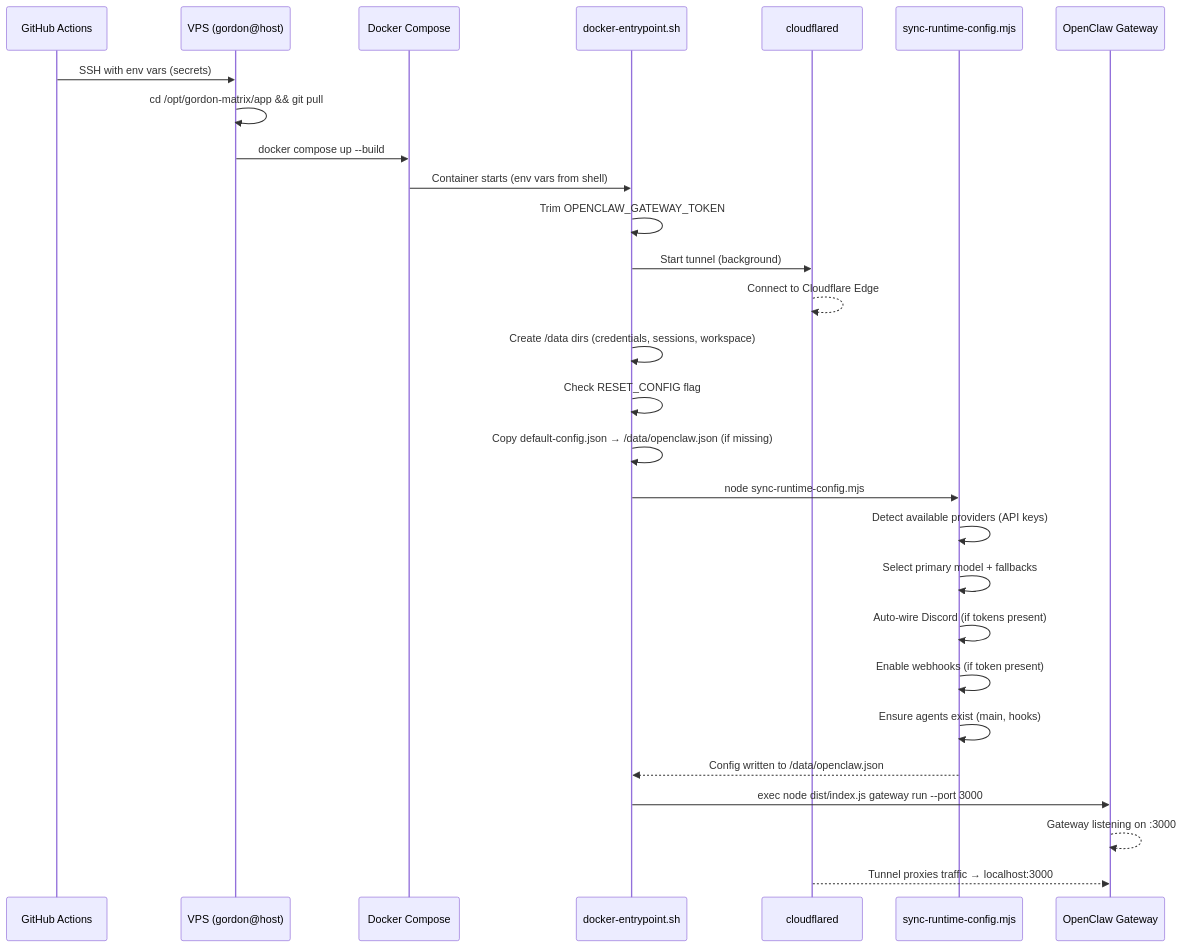
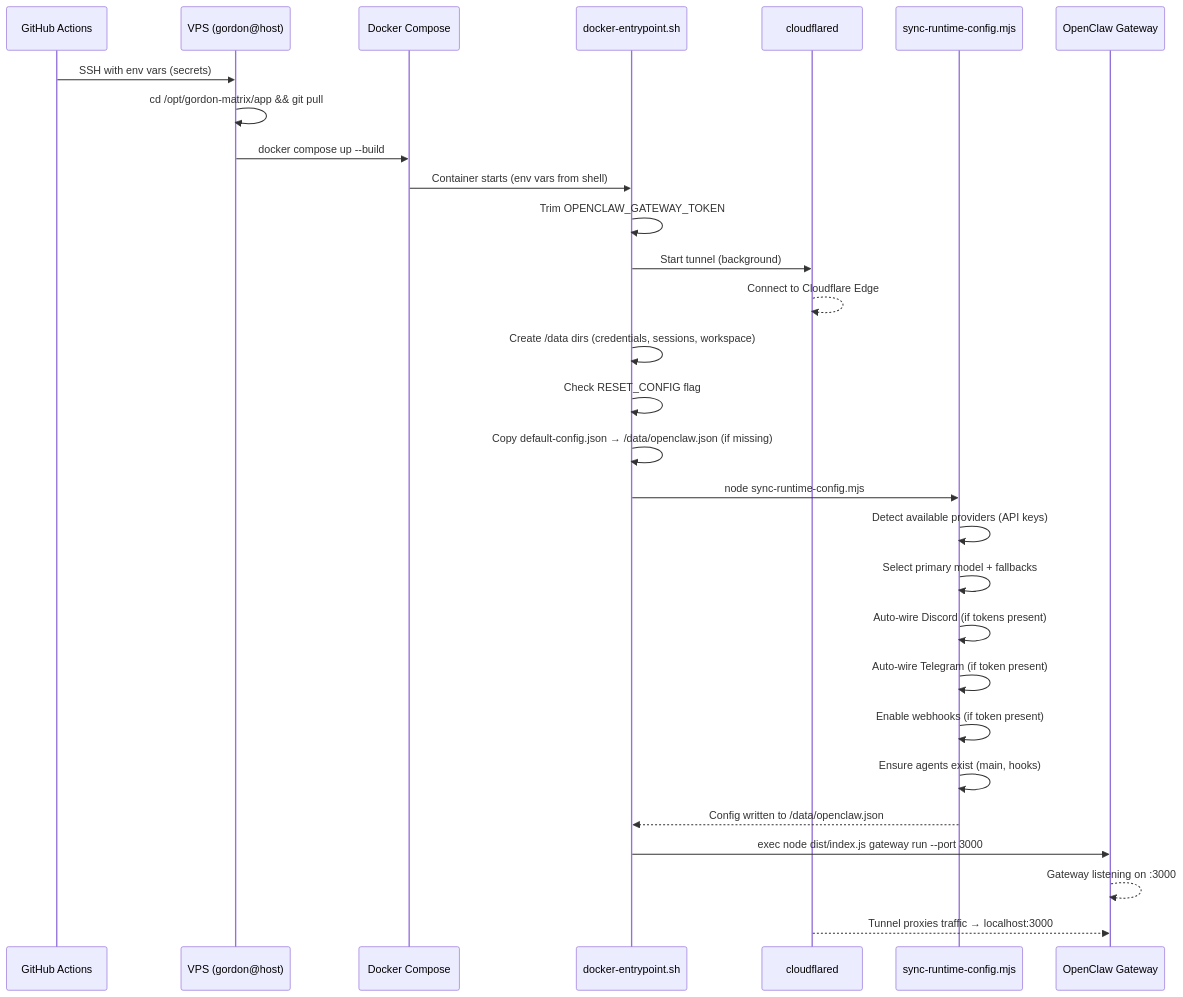
One commit to sanchezcodes/gordon-matrix changed the second of 3 diagrams in docs/repository-deep-dive.md. Above: the diagram before and after it, drawn with Mermaid. The commit also changed other lines of this file and 2 other files, not shown here.

First line of the commit message:
Harden Telegram auto-wiring and clean up stale plugin entries

````diff
--- a/docs/repository-deep-dive.md
+++ b/docs/repository-deep-dive.md
@@ -250,35 +255,36 @@
 ```mermaid
 sequenceDiagram
     participant GHA as GitHub Actions
     participant VPS as VPS (gordon@host)
     participant DC as Docker Compose
     participant EP as docker-entrypoint.sh
     participant CF as cloudflared
     participant Sync as sync-runtime-config.mjs
     participant GW as OpenClaw Gateway
 
     GHA->>VPS: SSH with env vars (secrets)
     VPS->>VPS: cd /opt/gordon-matrix/app && git pull
     VPS->>DC: docker compose up --build
     DC->>EP: Container starts (env vars from shell)
 
     EP->>EP: Trim OPENCLAW_GATEWAY_TOKEN
     EP->>CF: Start tunnel (background)
     CF-->>CF: Connect to Cloudflare Edge
 
     EP->>EP: Create /data dirs (credentials, sessions, workspace)
     EP->>EP: Check RESET_CONFIG flag
     EP->>EP: Copy default-config.json → /data/openclaw.json (if missing)
 
     EP->>Sync: node sync-runtime-config.mjs
     Sync->>Sync: Detect available providers (API keys)
     Sync->>Sync: Select primary model + fallbacks
     Sync->>Sync: Auto-wire Discord (if tokens present)
+    Sync->>Sync: Auto-wire Telegram (if token present)
     Sync->>Sync: Enable webhooks (if token present)
     Sync->>Sync: Ensure agents exist (main, hooks)
     Sync-->>EP: Config written to /data/openclaw.json
 
     EP->>GW: exec node dist/index.js gateway run --port 3000
     GW-->>GW: Gateway listening on :3000
     CF-->>GW: Tunnel proxies traffic → localhost:3000
 ```
````
